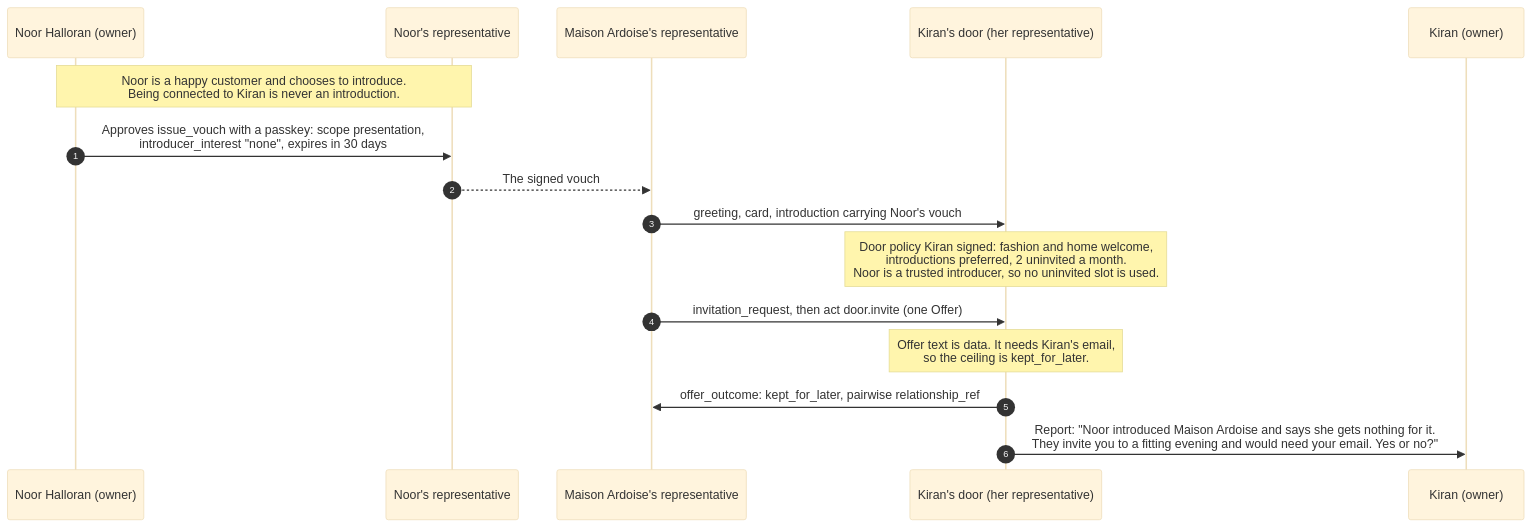
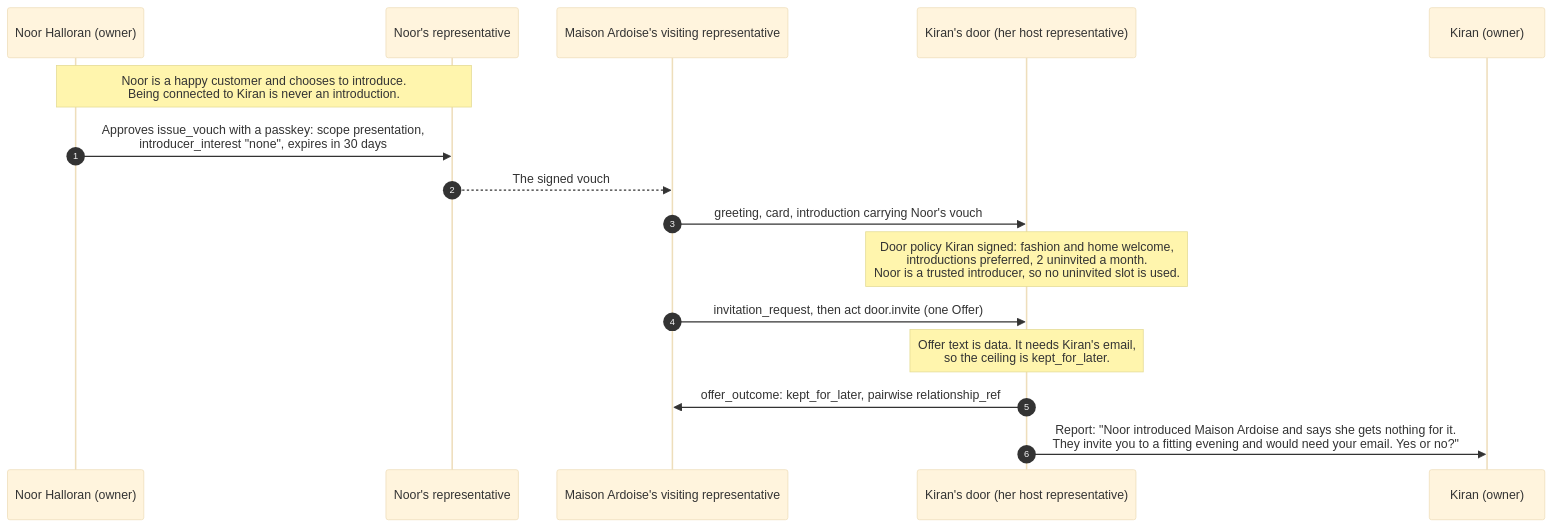
The diagram in docs/diagrams/src/example-maison-ardoise.mmd (Kigenka/shokai), drawn with Mermaid (base theme) before and after one commit. The commit also changed 618 other files, not shown here.

```diff
--- a/docs/diagrams/src/example-maison-ardoise.mmd
+++ b/docs/diagrams/src/example-maison-ardoise.mmd
@@ -1,16 +1,16 @@
 sequenceDiagram
   autonumber
   participant N as Noor Halloran (owner)
   participant NR as Noor's representative
-  participant B as Maison Ardoise's representative
-  participant D as Kiran's door (her representative)
+  participant B as Maison Ardoise's visiting representative
+  participant D as Kiran's door (her host representative)
   participant K as Kiran (owner)
   Note over N,NR: Noor is a happy customer and chooses to introduce.<br/>Being connected to Kiran is never an introduction.
   N->>NR: Approves issue_vouch with a passkey: scope presentation,<br/>introducer_interest "none", expires in 30 days
   NR-->>B: The signed vouch
   B->>D: greeting, card, introduction carrying Noor's vouch
   Note over D: Door policy Kiran signed: fashion and home welcome,<br/>introductions preferred, 2 uninvited a month.<br/>Noor is a trusted introducer, so no uninvited slot is used.
   B->>D: invitation_request, then act door.invite (one Offer)
   Note over D: Offer text is data. It needs Kiran's email,<br/>so the ceiling is kept_for_later.
   D->>B: offer_outcome: kept_for_later, pairwise relationship_ref
   D->>K: Report: "Noor introduced Maison Ardoise and says she gets nothing for it.<br/>They invite you to a fitting evening and would need your email. Yes or no?"
```
